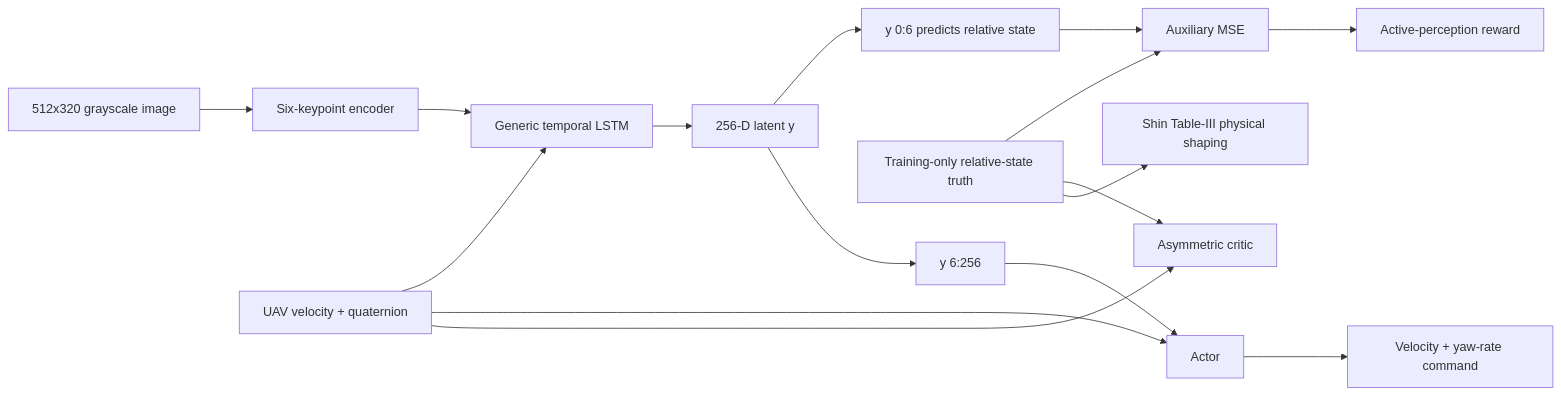
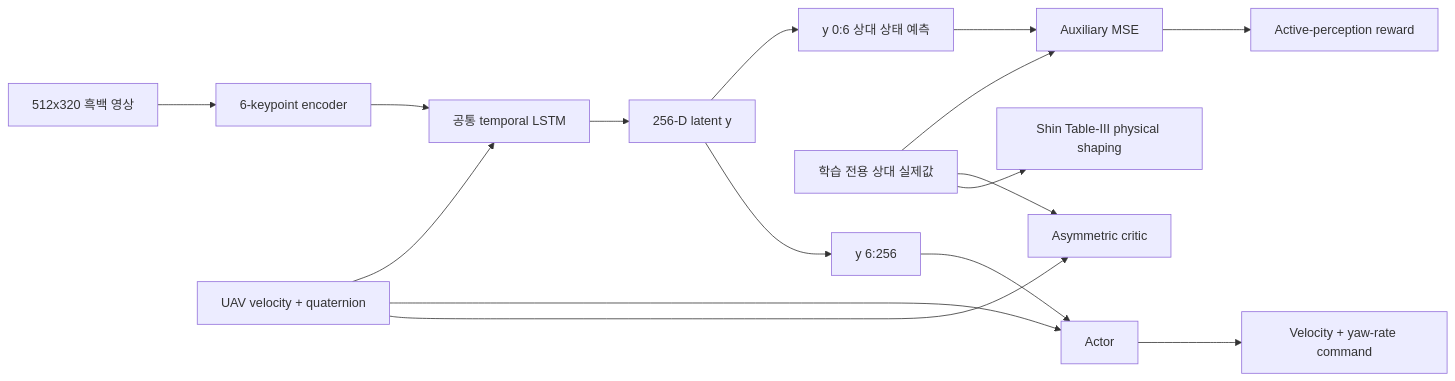
Before and after one commit to junsuk123/OntoReward-RL: the first of 3 diagrams in Ontology_RGAT_UAV_RL_ISAAC_PX4/docs/THREE_PIPELINE_COMPARISON.md, drawn with Mermaid. The commit also changed other lines of this file and 14 other files, not shown here.

````diff
--- a/Ontology_RGAT_UAV_RL_ISAAC_PX4/docs/THREE_PIPELINE_COMPARISON.md
+++ b/Ontology_RGAT_UAV_RL_ISAAC_PX4/docs/THREE_PIPELINE_COMPARISON.md
@@ -21,18 +21,18 @@
 ```mermaid
 flowchart LR
-  I[512x320 grayscale image] --> K[Six-keypoint encoder]
-  K --> T[Generic temporal LSTM]
+  I[512x320 흑백 영상] --> K[6-keypoint encoder]
+  K --> T[공통 temporal LSTM]
   U[UAV velocity + quaternion] --> T
   T --> Y[256-D latent y]
-  Y --> E[y 0:6 predicts relative state]
-  GT[Training-only relative-state truth] --> L[Auxiliary MSE]
+  Y --> E[y 0:6 상대 상태 예측]
+  GT[학습 전용 상대 실제값] --> L[Auxiliary MSE]
   E --> L
   Y --> S[y 6:256]
   U --> A[Actor]
   S --> A
   A --> C[Velocity + yaw-rate command]
   GT --> V[Asymmetric critic]
   U --> V
   GT --> R[Shin Table-III physical shaping]
   L --> AP[Active-perception reward]
 ```
````
